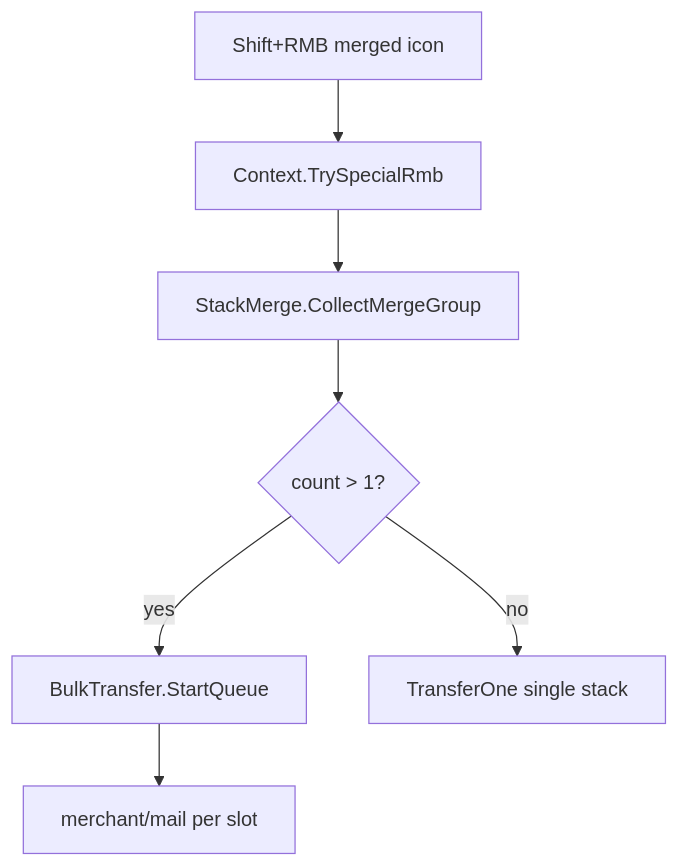
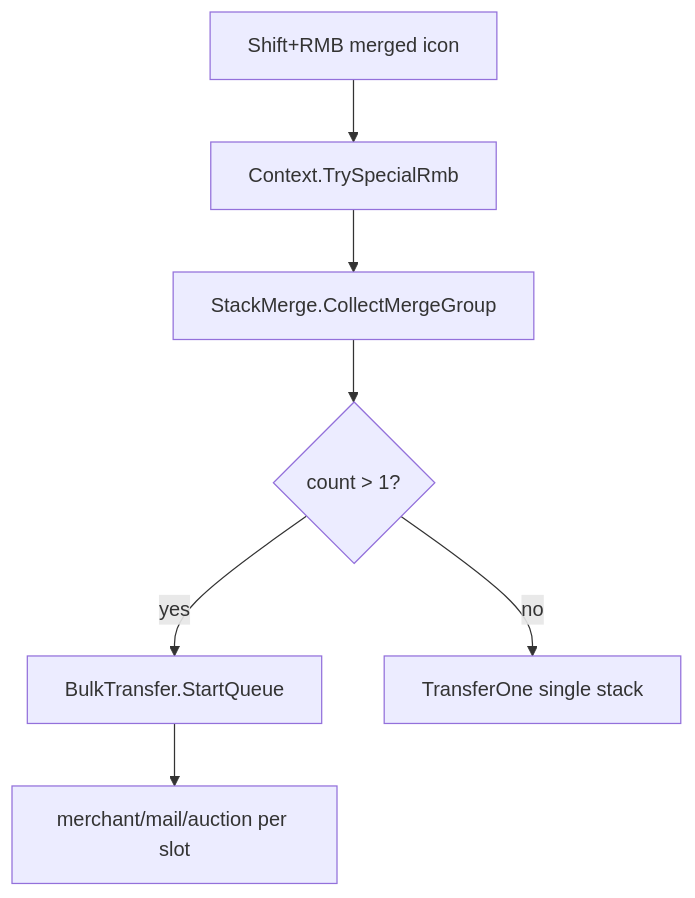
Before and after one commit to sirTurbisCZ/wow-forever-addons: the sixth of 7 diagrams in addons/BetterBackpack/Docs/loops.md, drawn with Mermaid. The commit also changed other lines of this file and 21 other files, not shown here.

````diff
--- a/addons/BetterBackpack/Docs/loops.md
+++ b/addons/BetterBackpack/Docs/loops.md
@@ -116,9 +117,9 @@
 ```mermaid
 flowchart TD
   SlotRMB[Shift+RMB merged icon] --> CTX[Context.TrySpecialRmb]
   CTX --> Col[StackMerge.CollectMergeGroup]
   Col --> Q{count > 1?}
   Q -->|yes| Queue[BulkTransfer.StartQueue]
   Q -->|no| One[TransferOne single stack]
-  Queue --> Sell[merchant/mail per slot]
+  Queue --> Sell[merchant/mail/auction per slot]
 ```
````
